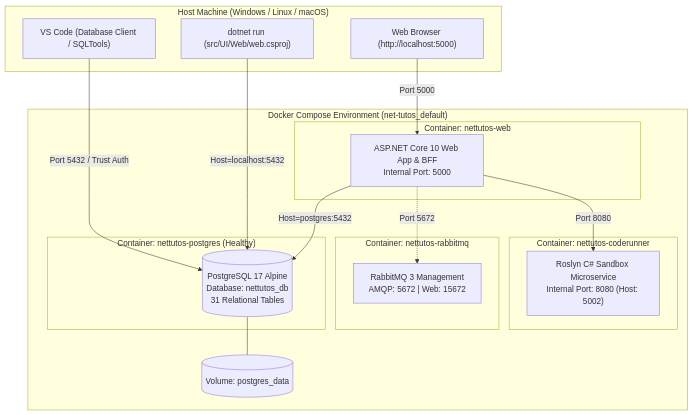
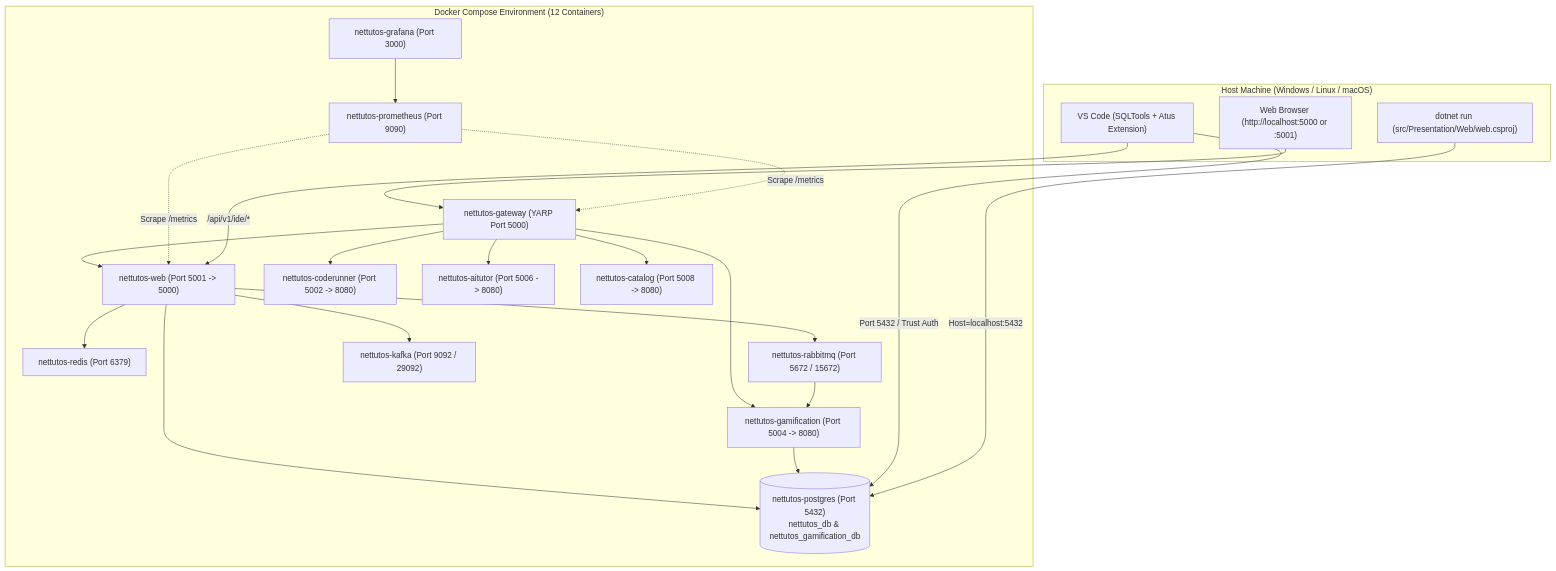
Before and after one commit to KaitoDeus/NET-Tutos: the diagram in docs/07_docker_and_database_setup.md, drawn with Mermaid. The commit also changed other lines of this file and 7 other files, not shown here.

````diff
--- a/docs/07_docker_and_database_setup.md
+++ b/docs/07_docker_and_database_setup.md
@@ -17,36 +17,42 @@
 ```mermaid
 graph TD
     subgraph HostMachine ["Host Machine (Windows / Linux / macOS)"]
-        VSCode["VS Code (Database Client / SQLTools)"]
-        DotnetLocal["dotnet run (src/UI/Web/web.csproj)"]
-        Browser["Web Browser (http://localhost:5000)"]
+        VSCode["VS Code (SQLTools + Atus Extension)"]
+        DotnetLocal["dotnet run (src/Presentation/Web/web.csproj)"]
+        Browser["Web Browser (http://localhost:5000 or :5001)"]
     end
 
-    subgraph DockerCompose ["Docker Compose Environment (net-tutos_default)"]
-        subgraph WebContainer ["Container: nettutos-web"]
-            WebApp["ASP.NET Core 10 Web App & BFF<br/>Internal Port: 5000"]
-        end
-
-        subgraph RunnerContainer ["Container: nettutos-coderunner"]
-            CodeRunner["Roslyn C# Sandbox Microservice<br/>Internal Port: 8080 (Host: 5002)"]
-        end
-
-        subgraph RabbitContainer ["Container: nettutos-rabbitmq"]
-            RabbitMQ["RabbitMQ 3 Management<br/>AMQP: 5672 | Web: 15672"]
-        end
-
-        subgraph PostgresContainer ["Container: nettutos-postgres (Healthy)"]
-            PostgresDB[("PostgreSQL 17 Alpine<br/>Database: nettutos_db<br/>31 Relational Tables")]
-        end
-
-        Volume[("Volume: postgres_data")]
+    subgraph DockerCompose ["Docker Compose Environment (12 Containers)"]
+        Gateway["nettutos-gateway (YARP Port 5000)"]
+        WebApp["nettutos-web (Port 5001 -> 5000)"]
+        CodeRunner["nettutos-coderunner (Port 5002 -> 8080)"]
+        Gamification["nettutos-gamification (Port 5004 -> 8080)"]
+        AiTutor["nettutos-aitutor (Port 5006 -> 8080)"]
+        Catalog["nettutos-catalog (Port 5008 -> 8080)"]
+        Redis["nettutos-redis (Port 6379)"]
+        RabbitMQ["nettutos-rabbitmq (Port 5672 / 15672)"]
+        Kafka["nettutos-kafka (Port 9092 / 29092)"]
+        Prometheus["nettutos-prometheus (Port 9090)"]
+        Grafana["nettutos-grafana (Port 3000)"]
+        PostgresDB[("nettutos-postgres (Port 5432)\nnettutos_db & nettutos_gamification_db")]
     end
 
-    Browser -->|Port 5000| WebApp
-    WebApp -->|Port 8080| CodeRunner
-    WebApp -.->|Port 5672| RabbitMQ
+    Browser --> Gateway
+    Gateway --> WebApp
+    Gateway --> CodeRunner
+    Gateway --> Gamification
+    Gateway --> AiTutor
+    Gateway --> Catalog
+    WebApp --> Redis
+    WebApp --> RabbitMQ
+    RabbitMQ --> Gamification
+    WebApp --> Kafka
+    WebApp --> PostgresDB
+    Gamification --> PostgresDB
+    Prometheus -. "Scrape /metrics" .-> WebApp
+    Prometheus -. "Scrape /metrics" .-> Gateway
+    Grafana --> Prometheus
     VSCode -->|Port 5432 / Trust Auth| PostgresDB
+    VSCode -->|"/api/v1/ide/*"| WebApp
     DotnetLocal -->|Host=localhost:5432| PostgresDB
-    WebApp -->|Host=postgres:5432| PostgresDB
-    PostgresDB --- Volume
 ```
````
